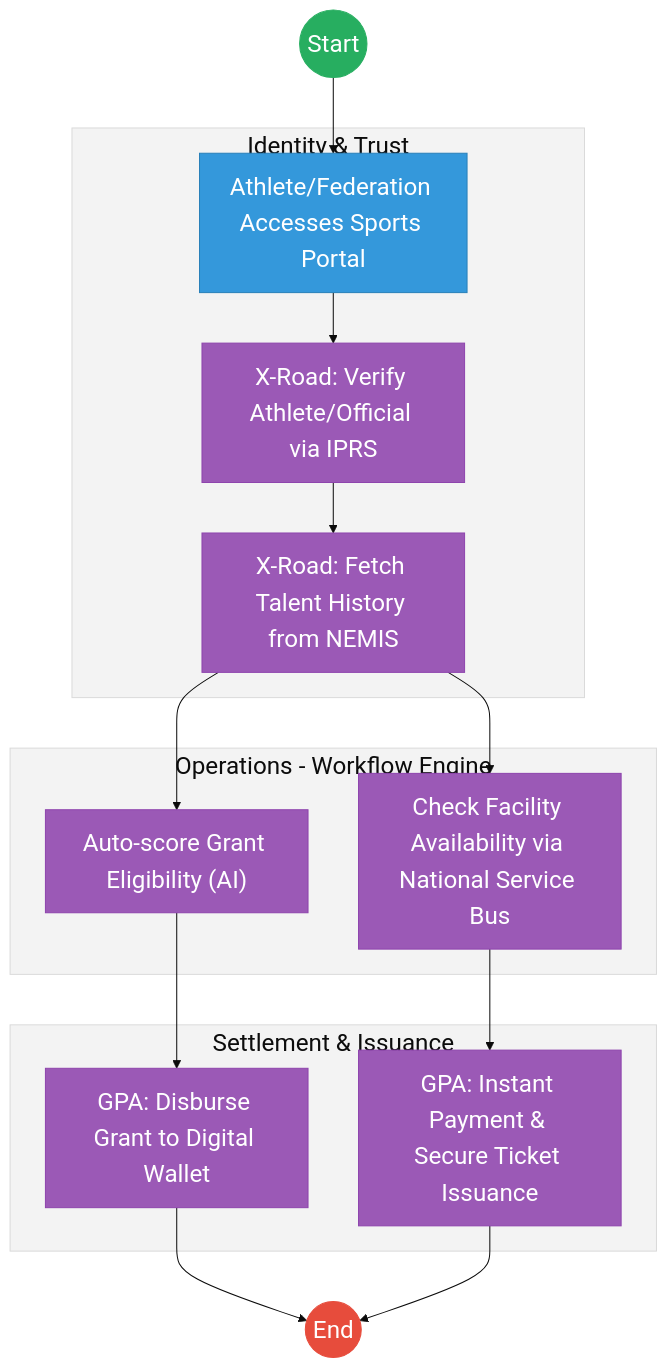
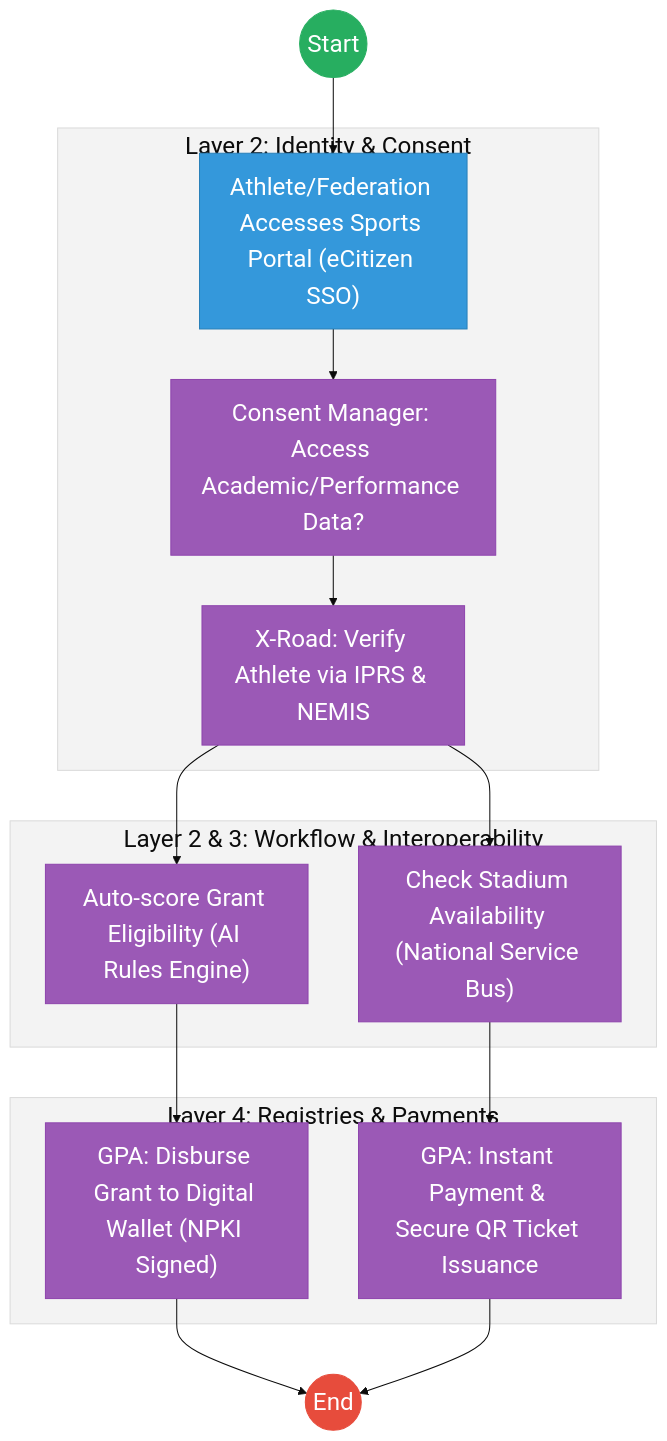
The second of 2 diagrams in mdas/docs_final/priority_mdas/Sports_and_the_Arts___Service_Delivery.md (BITZ-IT-Consulting-LTD/ictapoc), drawn with Mermaid before and after one commit. The commit also changed other lines of this file and 19 other files, not shown here.

````diff
--- a/mdas/docs_final/priority_mdas/Sports_and_the_Arts___Service_Delivery.md
+++ b/mdas/docs_final/priority_mdas/Sports_and_the_Arts___Service_Delivery.md
@@ -135,32 +168,32 @@
 ```mermaid
 %%{init: { 'theme': 'base', 'themeVariables': { 'fontSize': '24px', 'fontFamily': 'Inter, system-ui, sans-serif', 'primaryColor': '#ffffff', 'edgeLabelBackground':'#ffffff', 'tertiaryColor': '#f3f3f3', 'mainBkg': '#ffffff', 'nodeBorder': '#333333' } } }%%
 graph TD
-    Start((Start)) --> Portal["Athlete/Federation Accesses Sports Portal"]
+    Start((Start)) --> Portal["Athlete/Federation Accesses Sports Portal (eCitizen SSO)"]
     
-    subgraph Layer2["Identity & Trust"]
-        Portal --> Verify["X-Road: Verify Athlete/Official via IPRS"]
-        Verify --> NEMIS["X-Road: Fetch Talent History from NEMIS"]
+    subgraph Trust_Hub["Layer 2: Identity & Consent"]
+        Portal --> Consent["Consent Manager: Access Academic/Performance Data?"]
+        Consent --> Verify["X-Road: Verify Athlete via IPRS & NEMIS"]
     end
     
-    subgraph Layer3["Operations - Workflow Engine"]
-        NEMIS --> Grant["Auto-score Grant Eligibility (AI)"]
-        NEMIS --> Booking["Check Facility Availability via National Service Bus"]
+    subgraph Operations["Layer 2 & 3: Workflow & Interoperability"]
+        Verify --> Grant["Auto-score Grant Eligibility (AI Rules Engine)"]
+        Verify --> Booking["Check Stadium Availability (National Service Bus)"]
     end
     
-    subgraph Layer4["Settlement & Issuance"]
-        Grant --> GPA_Grant["GPA: Disburse Grant to Digital Wallet"]
-        Booking --> GPA_Fee["GPA: Instant Payment & Secure Ticket Issuance"]
+    subgraph Settlement["Layer 4: Registries & Payments"]
+        Grant --> GPA_Grant["GPA: Disburse Grant to Digital Wallet (NPKI Signed)"]
+        Booking --> GPA_Fee["GPA: Instant Payment & Secure QR Ticket Issuance"]
     end
     
     GPA_Grant --> End((End))
     GPA_Fee --> End
 
-    classDef start fill:#27ae60,stroke:#27ae60,color:#fff,font-size:24px,font-size:24px;;
-    classDef endNode fill:#e74c3c,stroke:#e74c3c,color:#fff,font-size:24px,font-size:24px;;
-    classDef userTask fill:#3498db,stroke:#2980b9,color:#fff,font-size:24px,font-size:24px;;
-    classDef serviceTask fill:#9b59b6,stroke:#8e44ad,color:#fff,font-size:24px,font-size:24px;;
+    classDef start fill:#27ae60,stroke:#27ae60,color:#fff,font-size:24px;;
+    classDef endNode fill:#e74c3c,stroke:#e74c3c,color:#fff,font-size:24px;;
+    classDef userTask fill:#3498db,stroke:#2980b9,color:#fff,font-size:24px;;
+    classDef serviceTask fill:#9b59b6,stroke:#8e44ad,color:#fff,font-size:24px;;
     class Start start;
     class End endNode;
     class Portal userTask;
-    class Verify,NEMIS,Grant,Booking,GPA_Grant,GPA_Fee serviceTask;
+    class Consent,Verify,Grant,Booking,GPA_Grant,GPA_Fee serviceTask;
 ```
````
